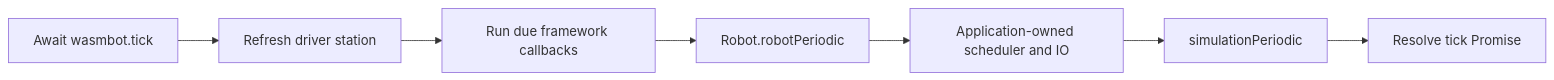
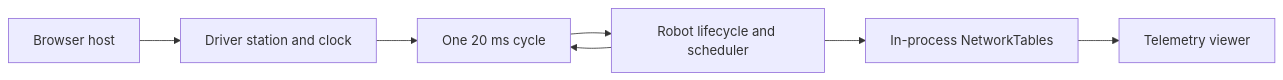
Before and after one commit to frcvan/wasmbot: the diagram in README.md, drawn with Mermaid. The commit also changed other lines of this file and 15 other files, not shown here.

````diff
--- a/README.md
+++ b/README.md
@@ -104,9 +358,9 @@
 ```mermaid
 flowchart LR
-    Host[Await wasmbot.tick] --> DS[Refresh driver station]
-    DS --> Due[Run due framework callbacks]
-    Due --> RP[Robot.robotPeriodic]
-    RP --> App[Application-owned scheduler and IO]
-    App --> Sim[simulationPeriodic]
-    Sim --> Done[Resolve tick Promise]
+    Host[Browser host] --> DS[Driver station and clock]
+    DS --> Tick[One 20 ms cycle]
+    Tick --> Robot[Robot lifecycle and scheduler]
+    Robot --> NT[In-process NetworkTables]
+    NT --> Viewer[Telemetry viewer]
+    Robot --> Tick
 ```
````
